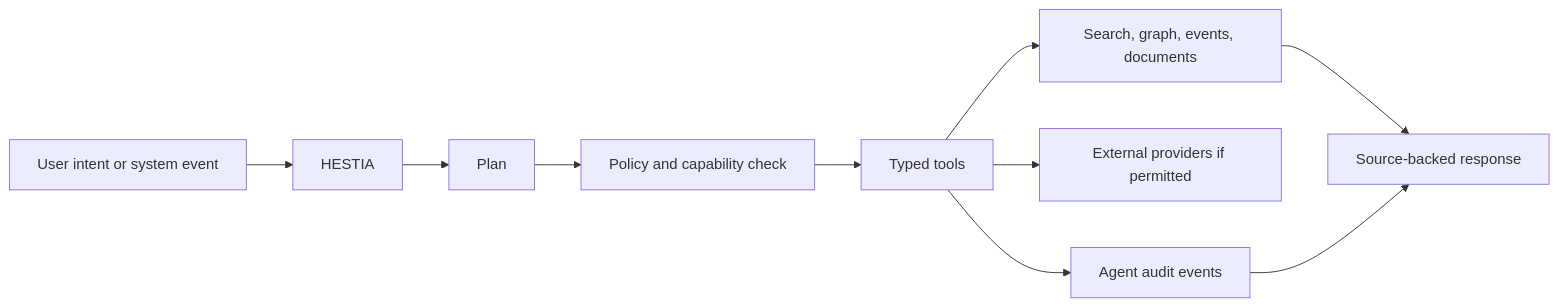
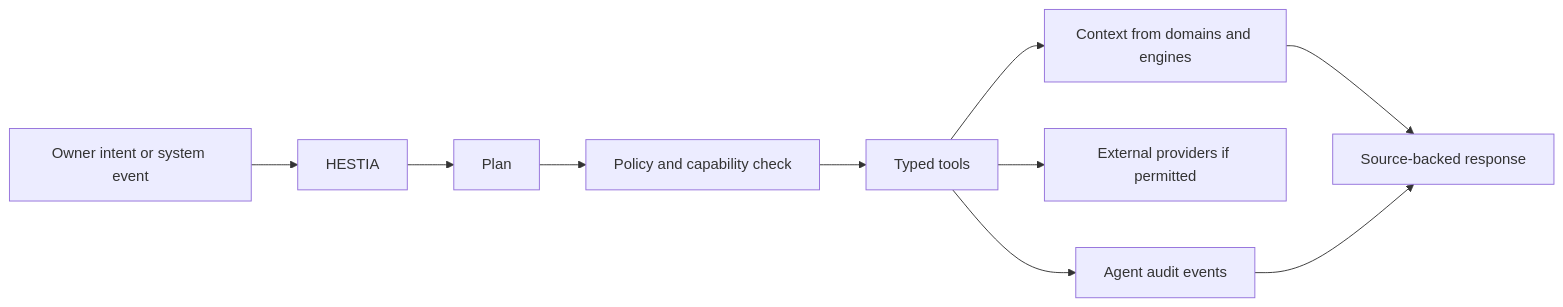
The diagram in docs/agents/agent-architecture.md (Mesteriis/hermes-os), drawn with Mermaid before and after one commit. The commit also changed other lines of this file and 110 other files, not shown here.

````diff
--- a/docs/agents/agent-architecture.md
+++ b/docs/agents/agent-architecture.md
@@ -19,12 +25,12 @@
 ```mermaid
 flowchart LR
-    UserIntent["User intent or system event"] --> Hestia["HESTIA"]
+    UserIntent["Owner intent or system event"] --> Hestia["HESTIA"]
     Hestia --> Planner["Plan"]
     Planner --> Policy["Policy and capability check"]
     Policy --> Tools["Typed tools"]
-    Tools --> Memory["Search, graph, events, documents"]
+    Tools --> Context["Context from domains and engines"]
     Tools --> External["External providers if permitted"]
     Tools --> Audit["Agent audit events"]
-    Memory --> Response["Source-backed response"]
+    Context --> Response["Source-backed response"]
     Audit --> Response
 ```
````
